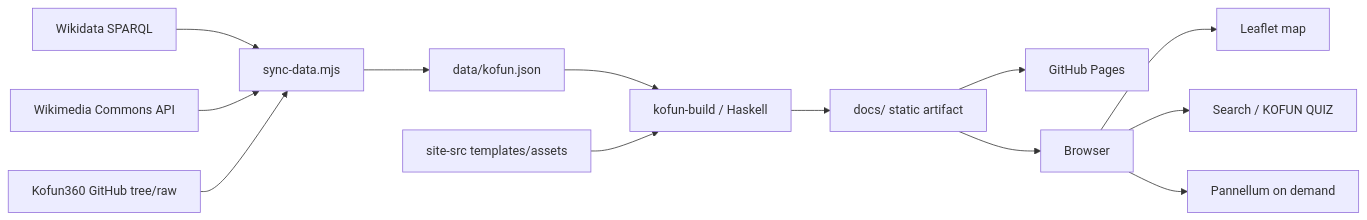
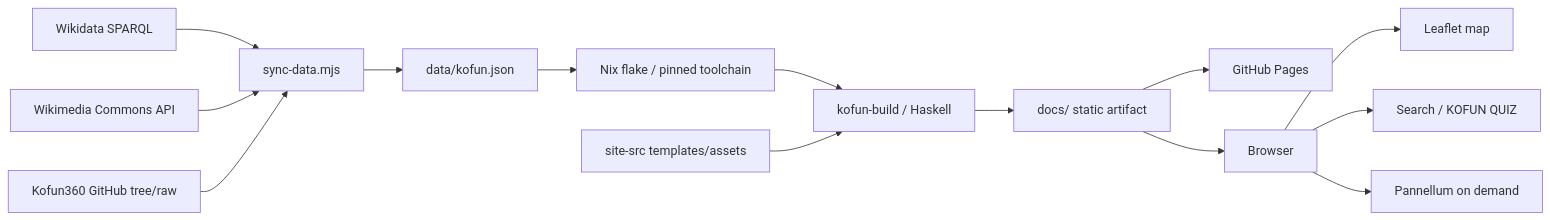
Before and after one commit to hjosugi/kofun-gallery: the diagram in DEVELOPERS.md, drawn with Mermaid. The commit also changed other lines of this file and 11 other files, not shown here.

Commit message:
Add reproducible Nix flake environment

````diff
--- a/DEVELOPERS.md
+++ b/DEVELOPERS.md
@@ -9,15 +9,16 @@
 ```mermaid
 flowchart LR
     W[Wikidata SPARQL] --> S[sync-data.mjs]
     C[Wikimedia Commons API] --> S
     K[Kofun360 GitHub tree/raw] --> S
     S --> J[data/kofun.json]
-    J --> H[kofun-build / Haskell]
+    J --> N[Nix flake / pinned toolchain]
+    N --> H[kofun-build / Haskell]
     T[site-src templates/assets] --> H
     H --> D[docs/ static artifact]
     D --> P[GitHub Pages]
     D --> B[Browser]
     B --> L[Leaflet map]
     B --> Q[Search / KOFUN QUIZ]
     B --> V[Pannellum on demand]
 ```
````
